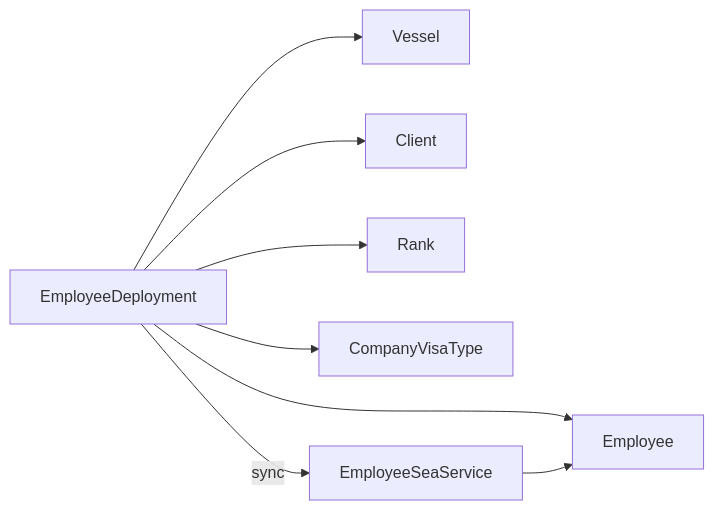
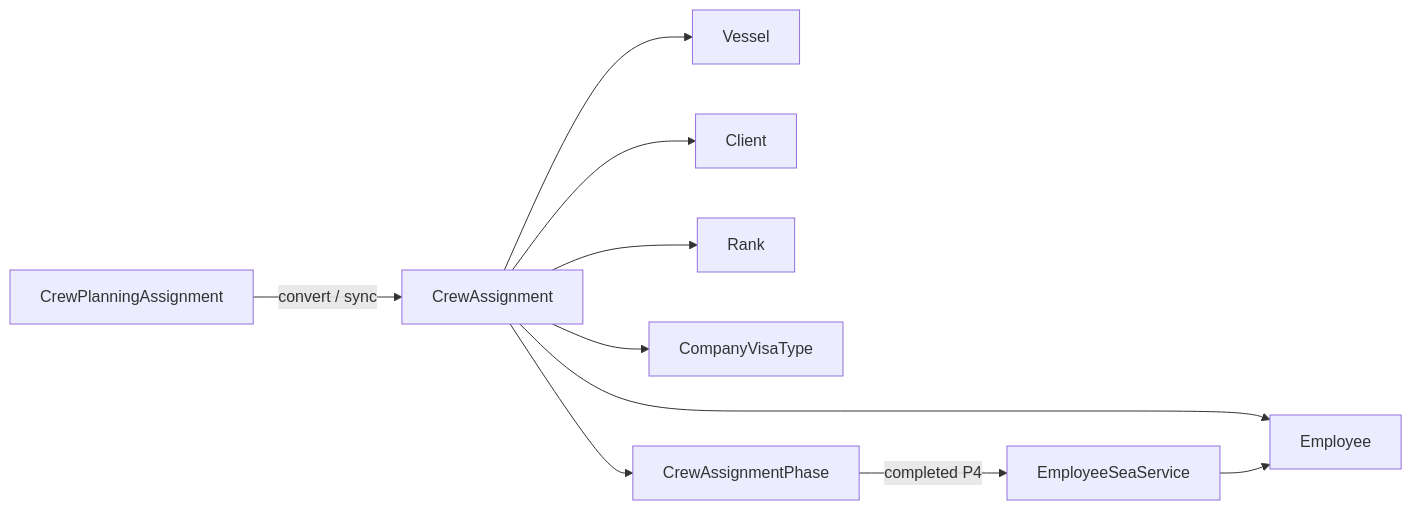
One commit to rabil007/HRM changed the sixth of 8 diagrams in docs/architecture/domains.md. Above: the diagram before and after it, drawn with Mermaid. The commit also changed other lines of this file and 17 other files, not shown here.

First line of the commit message:
docs: refresh architecture and agent context routing

````diff
--- a/docs/architecture/domains.md
+++ b/docs/architecture/domains.md
@@ -503,10 +521,12 @@
 ```mermaid
 flowchart LR
-    EmployeeDeployment --> Employee
-    EmployeeDeployment --> Vessel
-    EmployeeDeployment --> Client
-    EmployeeDeployment --> Rank
-    EmployeeDeployment --> CompanyVisaType
-    EmployeeDeployment -->|sync| EmployeeSeaService
+    CrewPlanningAssignment -->|convert / sync| CrewAssignment
+    CrewAssignment --> Employee
+    CrewAssignment --> Vessel
+    CrewAssignment --> Client
+    CrewAssignment --> Rank
+    CrewAssignment --> CompanyVisaType
+    CrewAssignment --> CrewAssignmentPhase
+    CrewAssignmentPhase -->|completed P4| EmployeeSeaService
     EmployeeSeaService --> Employee
 ```
````
